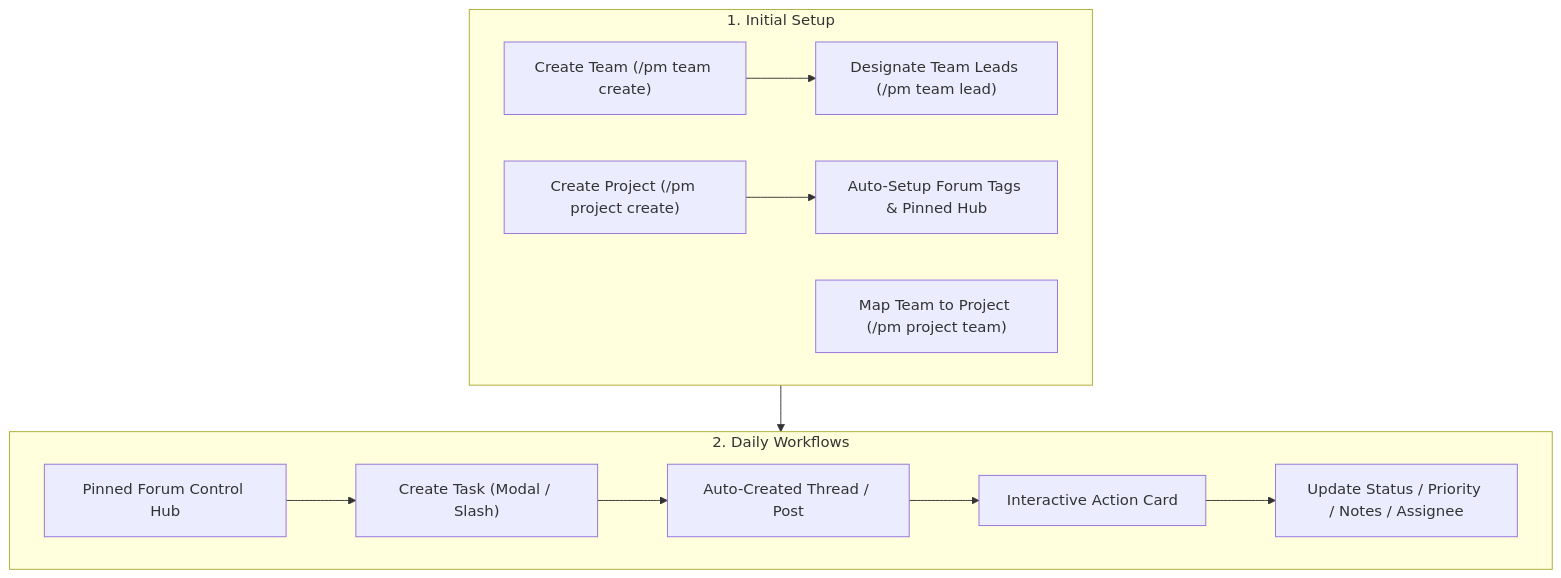
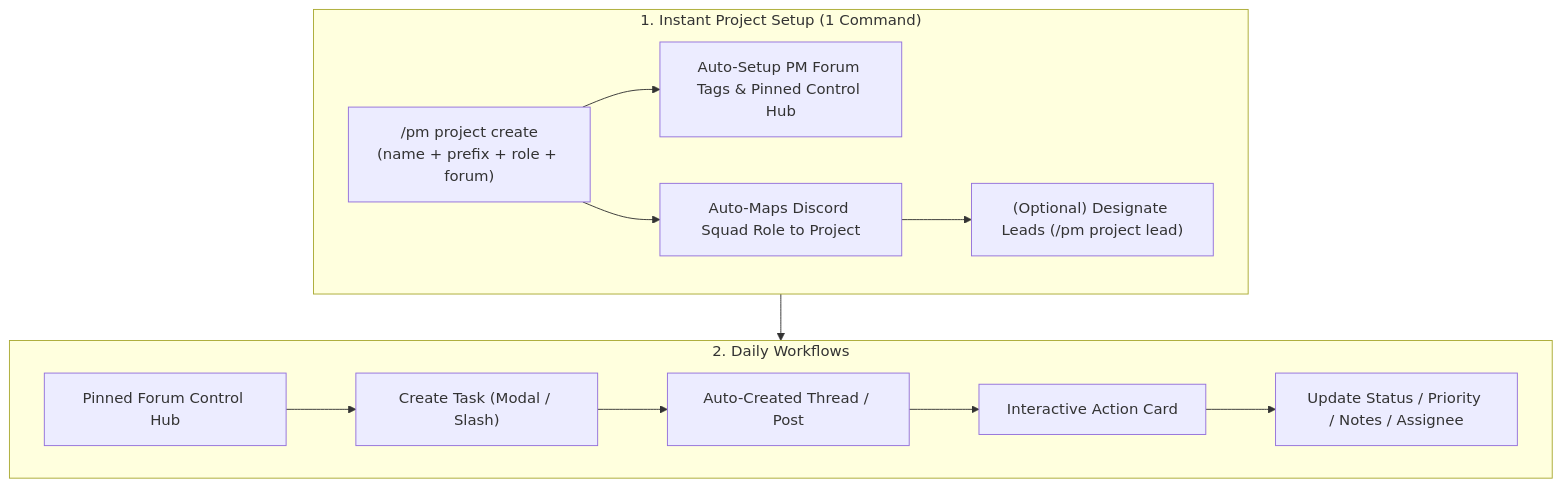
The diagram in docs/wiki/Workflow-Guide.md (espdesign/dgg-pm), drawn with Mermaid before and after one commit. The commit also changed other lines of this file and 8 other files, not shown here.

Commit message:
feat: streamline project setup by auto-mapping Discord roles and adding project-specific role management commands

````diff
--- a/docs/wiki/Workflow-Guide.md
+++ b/docs/wiki/Workflow-Guide.md
@@ -9,17 +9,17 @@
 ```mermaid
 flowchart TD
-    subgraph Setup ["1. Initial Setup"]
-        T["Create Team (/pm team create)"] --> L["Designate Team Leads (/pm team lead)"]
-        P["Create Project (/pm project create)"] --> F["Auto-Setup Forum Tags & Pinned Hub"]
-        M["Map Team to Project (/pm project team)"]
+    subgraph Setup ["1. Instant Project Setup (1 Command)"]
+        P["/pm project create\n(name + prefix + role + forum)"] --> F["Auto-Setup PM Forum Tags & Pinned Control Hub"]
+        P --> R["Auto-Maps Discord Squad Role to Project"]
+        R --> L["(Optional) Designate Leads (/pm project lead)"]
     end
 
     subgraph Execution ["2. Daily Workflows"]
         Hub["Pinned Forum Control Hub"] --> TaskCreate["Create Task (Modal / Slash)"]
         TaskCreate --> Thread["Auto-Created Thread / Post"]
         Thread --> Card["Interactive Action Card"]
         Card --> Mutate["Update Status / Priority / Notes / Assignee"]
     end
 
     Setup --> Execution
 ```
````
